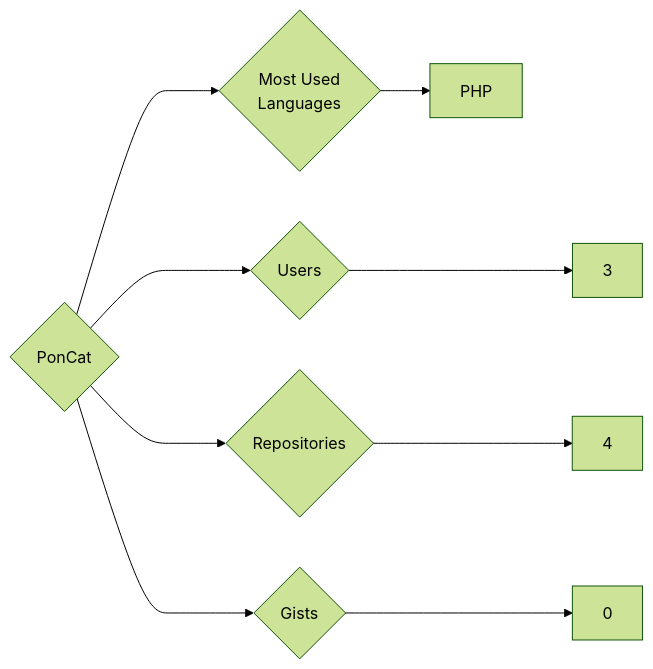
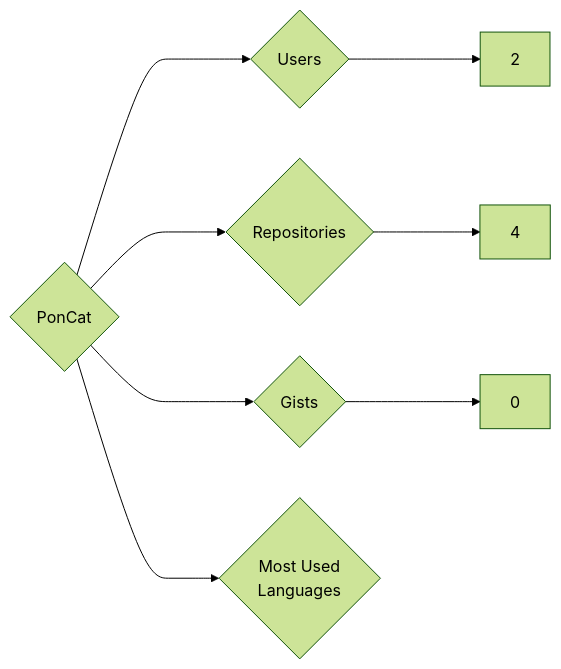
One commit to trickest/insiders changed the diagram in targets/PonCat/README.md. Above: the diagram before and after it, drawn with Mermaid (forest theme). The commit also changed 1389 other files, not shown here.

````diff
--- a/targets/PonCat/README.md
+++ b/targets/PonCat/README.md
@@ -3,9 +3,8 @@
 ```mermaid
 graph LR
 COMPANY_NAME{PonCat}
-COMPANY_NAME ---> U{Users} ---> UN[3]
+COMPANY_NAME ---> U{Users} ---> UN[2]
 COMPANY_NAME ---> R{Repositories} ---> RN[4]
 COMPANY_NAME ---> G{Gists} ---> GN[0]
 COMPANY_NAME ---> ML{Most Used<br>Languages}
-ML --> PHP[PHP]
 ```
````
